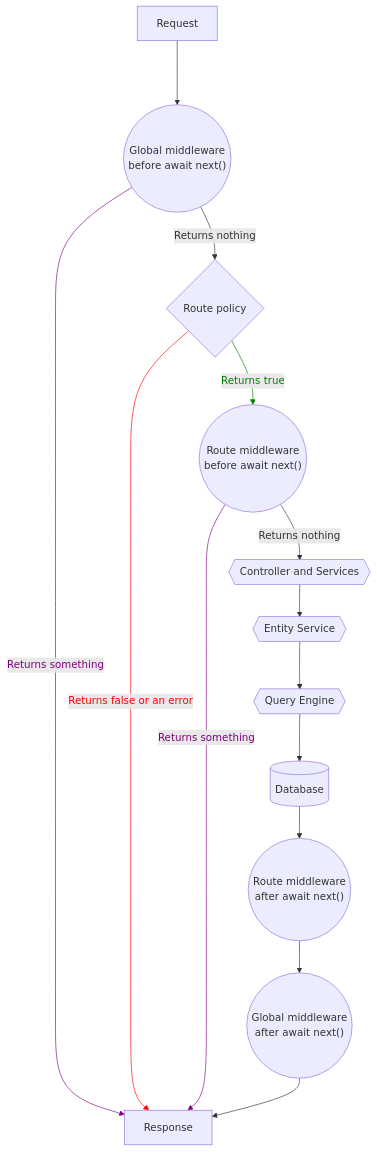
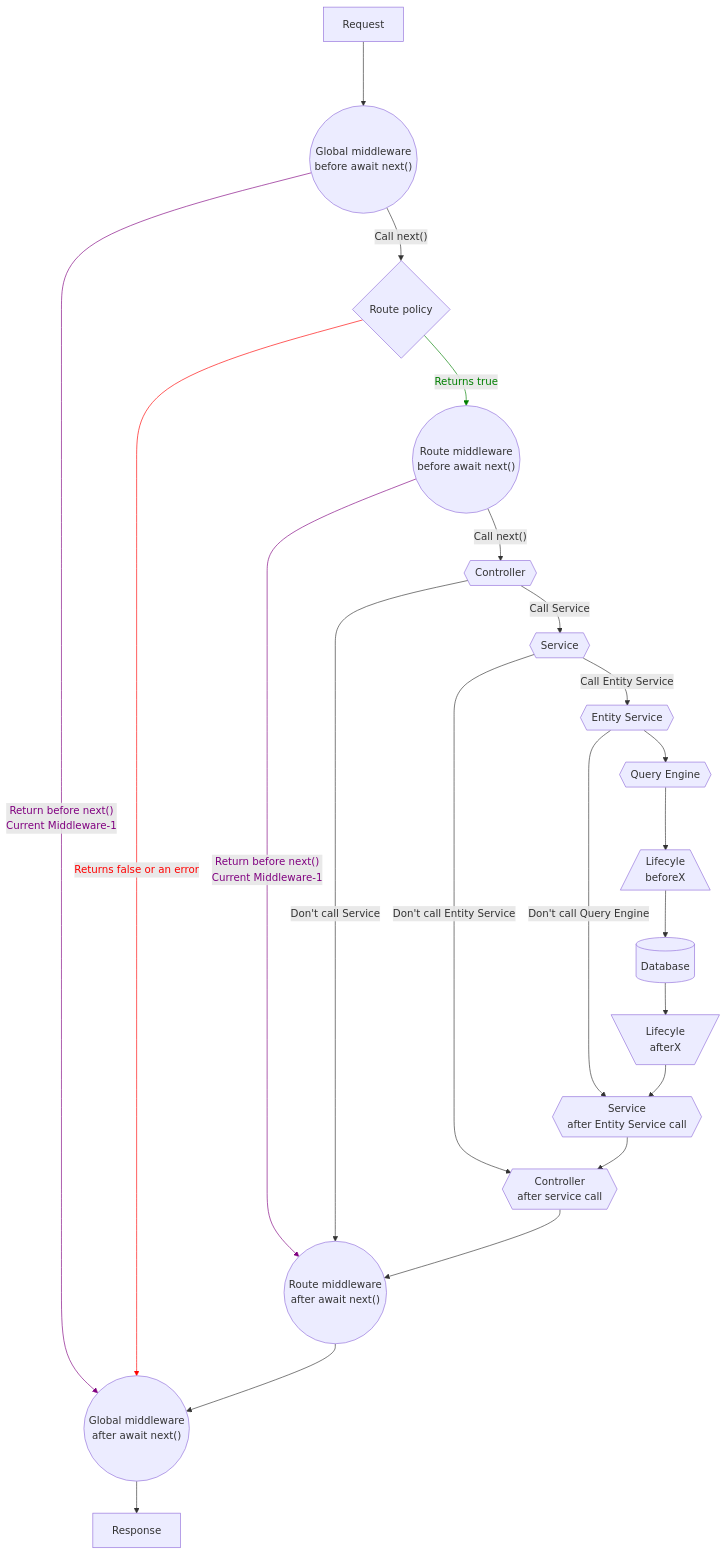
The diagram in docusaurus/docs/dev-docs/backend-customization.md (strapi/documentation), drawn with Mermaid before and after one commit.

Commit message:
Update diagram

````diff
--- a/docusaurus/docs/dev-docs/backend-customization.md
+++ b/docusaurus/docs/dev-docs/backend-customization.md
@@ -40,31 +40,43 @@
 ```mermaid
 graph TB
     request[Request] ---> globalMiddlewareA(("Global middleware<br/>before await next()"))
-    globalMiddlewareA --Returns nothing--> routePolicy{Route policy}
-    globalMiddlewareA --Returns something-->response
+    globalMiddlewareA --"Call next()"--> routePolicy{Route policy}
+    globalMiddlewareA --"Return before next()<br> Current Middleware-1"-->globalMiddlewareB
     routePolicy --Returns true--> routeMiddlewareA(("Route middleware<br/>before await next()"))
-    routePolicy --Returns false or an error-->response
-    routeMiddlewareA --Returns something-->response
-    routeMiddlewareA --Returns nothing--> controllerServices{{Controller and Services}}
-    controllerServices --> entityService{{Entity Service}}
-    entityService --> queryEngine{{Query Engine}}
-    queryEngine --> database[(Database)]
-    database --> routeMiddlewareB(("Route middleware<br/>after await next()"))
+    routePolicy --Returns false or an error-->globalMiddlewareB
+    routeMiddlewareA --"Return before next()<br> Current Middleware-1"-->routeMiddlewareB
+    routeMiddlewareA --"Call next()"--> controllerA{{Controller}}
+    controllerA --"Call Service"--> serviceA{{Service}}
+    controllerA --"Don't call Service" --> routeMiddlewareB
+    serviceA --"Call Entity Service" --> entityService{{Entity Service}}
+    serviceA --"Don't call Entity Service" --> controllerB
+    entityService --> queryEngineA{{Query Engine}}
+    entityService --"Don't call Query Engine" --> serviceB
+    queryEngineA --> lifecyclesBefore[/Lifecyle<br> beforeX\] 
+    lifecyclesBefore[/Lifecyle<br> beforeX\] --> database[(Database)]
+    database --> lifecyclesAfter[\Lifecyle<br> afterX/]
+    lifecyclesAfter --> serviceB{{"Service<br/>after Entity Service call"}}
+    serviceB --> controllerB{{"Controller<br/>after service call"}}
+    controllerB --> routeMiddlewareB(("Route middleware<br/>after await next()"))
     routeMiddlewareB --> globalMiddlewareB(("Global middleware<br/>after await next()"))
     globalMiddlewareB --> response[Response]
     linkStyle 3 stroke:green,color:green
     linkStyle 4 stroke:red,color:red
     linkStyle 2 stroke:purple,color:purple
     linkStyle 5 stroke:purple,color:purple
+    click request "/dev-docs/backend-customization/requests-responses"
     click globalMiddlewareA "/dev-docs/backend-customization/middlewares"
     click globalMiddlewareB "/dev-docs/backend-customization/middlewares"
-    click request "/dev-docs/backend-customization/requests-responses"
     click routePolicy "/dev-docs/backend-customization/routes"
     click routeMiddlewareA "/dev-docs/backend-customization/routes#middlewares"
     click routeMiddlewareB "/dev-docs/backend-customization/routes#middlewares"
-    click controllerServices "/dev-docs/backend-customization/controllers"
-    click globalMiddlewareB "/dev-docs/backend-customization/middlewares"
+    click controllerA "/dev-docs/backend-customization/controllers"
+    click controllerB "/dev-docs/backend-customization/controllers"
+    click serviceA "/dev-docs/backend-customization/services"
+    click serviceB "/dev-docs/backend-customization/services"
     click entityService "/dev-docs/api/entity-service/"
+    click lifecyclesBefore "/dev-docs/backend-customization/models#lifecycle-hooks"
     click queryEngine "/dev-docs/api/query-engine/"
+    click lifecyclesAfter "/dev-docs/backend-customization/models#lifecycle-hooks"
     click response "/dev-docs/backend-customization/requests-responses"
 ```
````
